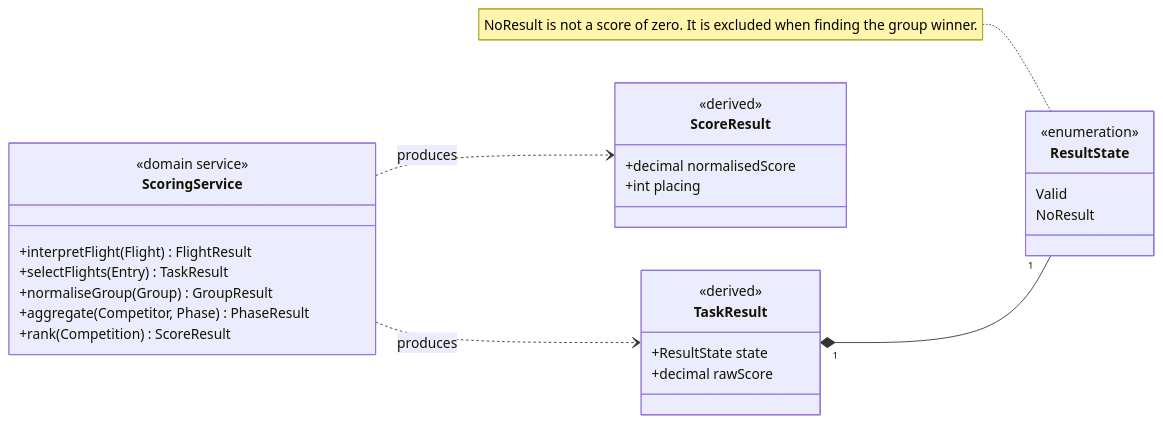
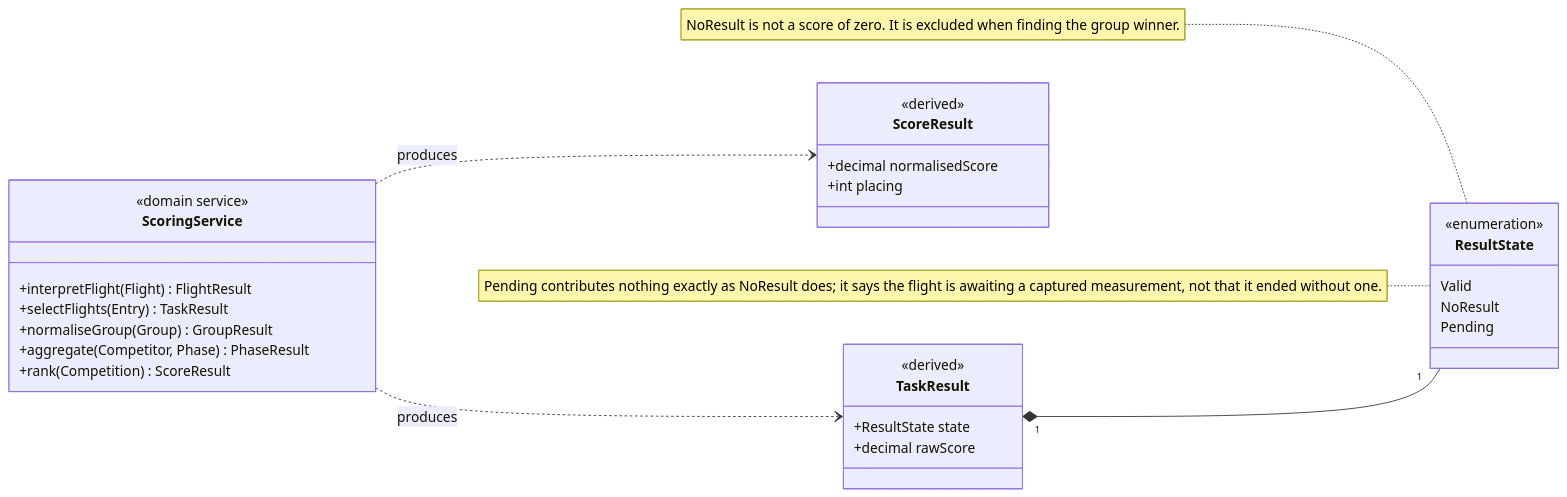
Before and after one commit to petegee/Soarscore2: the fourth of 4 diagrams in docs/soaring-domain-class-diagram.md, drawn with Mermaid. The commit also changed other lines of this file and 121 other files, not shown here.

````diff
--- a/docs/soaring-domain-class-diagram.md
+++ b/docs/soaring-domain-class-diagram.md
@@ -1126,37 +1135,39 @@
 ```mermaid
 classDiagram
     direction LR
 
     class ScoringService {
         <<domain service>>
         +interpretFlight(Flight) FlightResult
         +selectFlights(Entry) TaskResult
         +normaliseGroup(Group) GroupResult
         +aggregate(Competitor, Phase) PhaseResult
         +rank(Competition) ScoreResult
     }
 
     class TaskResult {
         <<derived>>
         +ResultState state
         +decimal rawScore
     }
 
     class ScoreResult {
         <<derived>>
         +decimal normalisedScore
         +int placing
     }
 
     class ResultState {
         <<enumeration>>
         Valid
         NoResult
+        Pending
     }
 
     ScoringService ..> TaskResult : produces
     ScoringService ..> ScoreResult : produces
     TaskResult "1" *-- "1" ResultState
 
     note for ResultState "NoResult is not a score of zero. It is excluded when finding the group winner."
+    note for ResultState "Pending contributes nothing exactly as NoResult does; it says the flight is awaiting a captured measurement, not that it ended without one."
 ```
````
